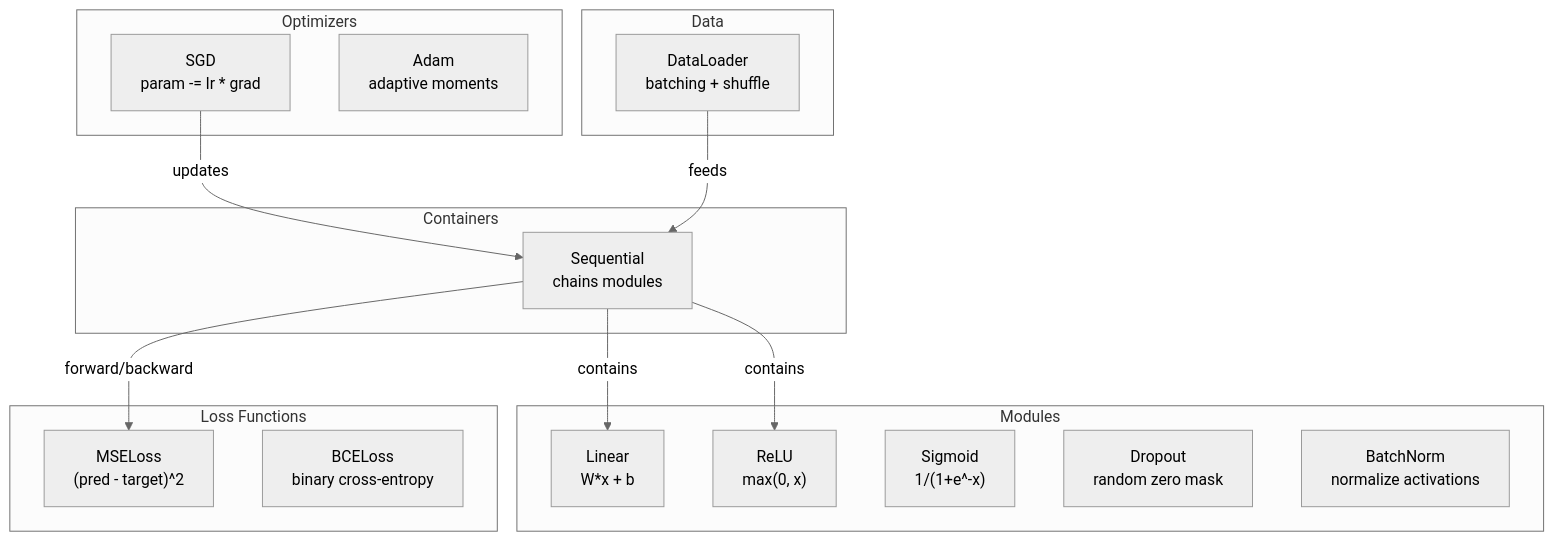
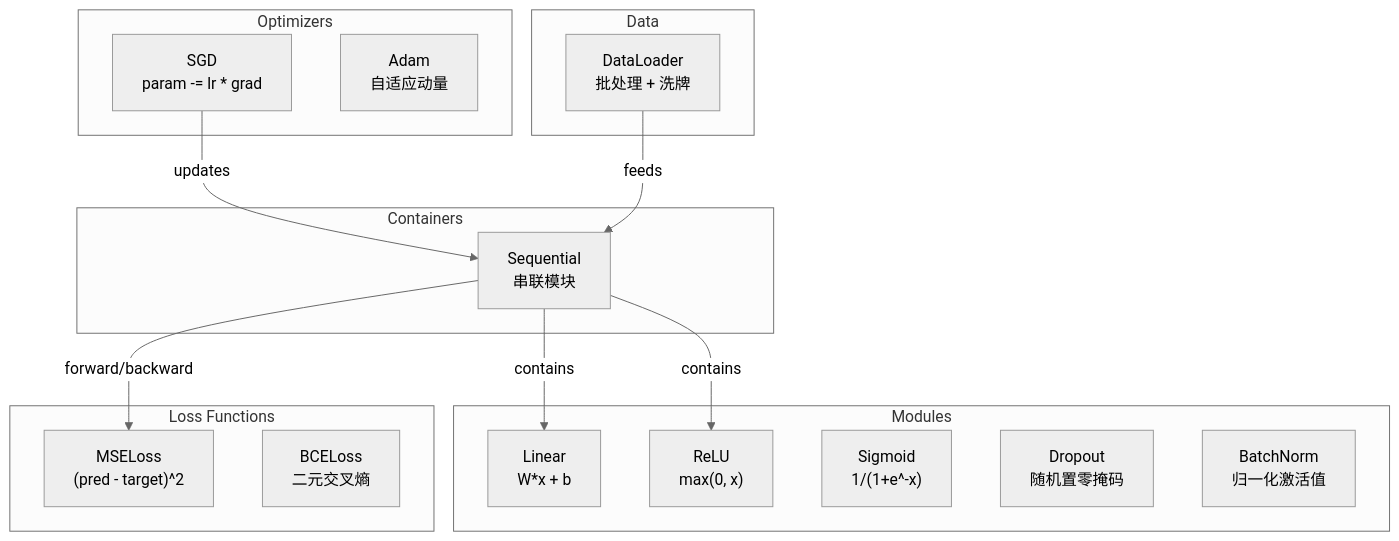
One commit to omigaZen/ai-engineering-from-scratch changed the first of 3 diagrams in phases/03-deep-learning-core/10-mini-framework/docs/zh.md. Above: the diagram before and after it, drawn with Mermaid (neutral theme).

Commit message:
feat(phase-03/10): refine zh mini framework wording

````diff
--- a/phases/03-deep-learning-core/10-mini-framework/docs/zh.md
+++ b/phases/03-deep-learning-core/10-mini-framework/docs/zh.md
@@ -55,34 +55,34 @@
 ```mermaid
 graph TD
     subgraph "Modules"
         Linear["Linear<br/>W*x + b"]
         ReLU["ReLU<br/>max(0, x)"]
         Sigmoid["Sigmoid<br/>1/(1+e^-x)"]
-        Dropout["Dropout<br/>random zero mask"]
-        BatchNorm["BatchNorm<br/>normalize activations"]
+        Dropout["Dropout<br/>随机置零掩码"]
+        BatchNorm["BatchNorm<br/>归一化激活值"]
     end
 
     subgraph "Containers"
-        Sequential["Sequential<br/>chains modules"]
+        Sequential["Sequential<br/>串联模块"]
     end
 
     subgraph "Loss Functions"
         MSE["MSELoss<br/>(pred - target)^2"]
-        BCE["BCELoss<br/>binary cross-entropy"]
+        BCE["BCELoss<br/>二元交叉熵"]
     end
 
     subgraph "Optimizers"
         SGD["SGD<br/>param -= lr * grad"]
-        Adam["Adam<br/>adaptive moments"]
+        Adam["Adam<br/>自适应动量"]
     end
 
     subgraph "Data"
-        DataLoader["DataLoader<br/>batching + shuffle"]
+        DataLoader["DataLoader<br/>批处理 + 洗牌"]
     end
 
     Sequential --> |"contains"| Linear
     Sequential --> |"contains"| ReLU
     Sequential --> |"forward/backward"| MSE
     SGD --> |"updates"| Sequential
     DataLoader --> |"feeds"| Sequential
 ```
````
